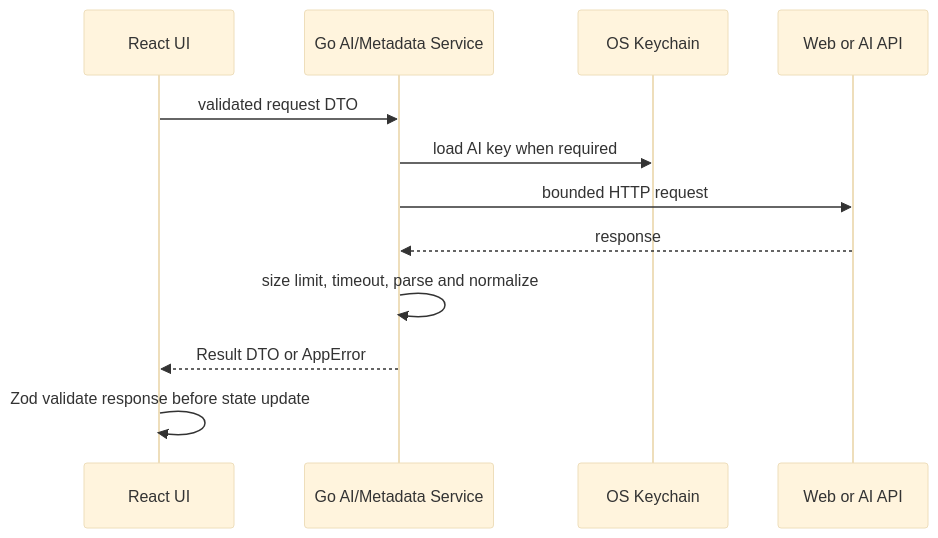
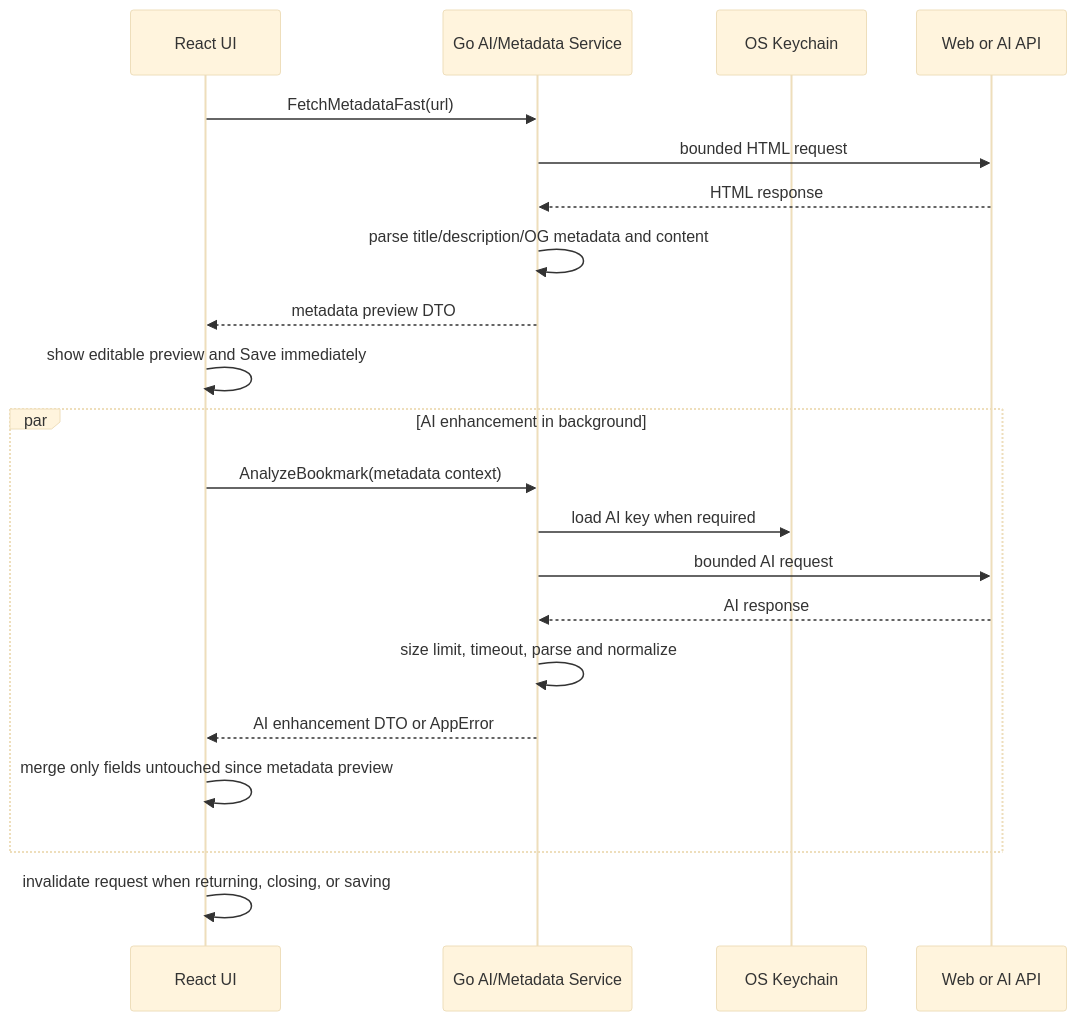
The fourth of 7 diagrams in docs/spec/design.md (blue-idea/linkit), drawn with Mermaid (base theme) before and after one commit. The commit also changed other lines of this file and 29 other files, not shown here.

````diff
--- a/docs/spec/design.md
+++ b/docs/spec/design.md
@@ -222,15 +222,24 @@
 ```mermaid
 sequenceDiagram
     participant UI as React UI
     participant Go as Go AI/Metadata Service
     participant Keychain as OS Keychain
     participant Web as Web or AI API
 
-    UI->>Go: validated request DTO
-    Go->>Keychain: load AI key when required
-    Go->>Web: bounded HTTP request
-    Web-->>Go: response
-    Go->>Go: size limit, timeout, parse and normalize
-    Go-->>UI: Result DTO or AppError
-    UI->>UI: Zod validate response before state update
+    UI->>Go: FetchMetadataFast(url)
+    Go->>Web: bounded HTML request
+    Web-->>Go: HTML response
+    Go->>Go: parse title/description/OG metadata and content
+    Go-->>UI: metadata preview DTO
+    UI->>UI: show editable preview and Save immediately
+    par AI enhancement in background
+        UI->>Go: AnalyzeBookmark(metadata context)
+        Go->>Keychain: load AI key when required
+        Go->>Web: bounded AI request
+        Web-->>Go: AI response
+        Go->>Go: size limit, timeout, parse and normalize
+        Go-->>UI: AI enhancement DTO or AppError
+        UI->>UI: merge only fields untouched since metadata preview
+    end
+    UI->>UI: invalidate request when returning, closing, or saving
 ```
````
